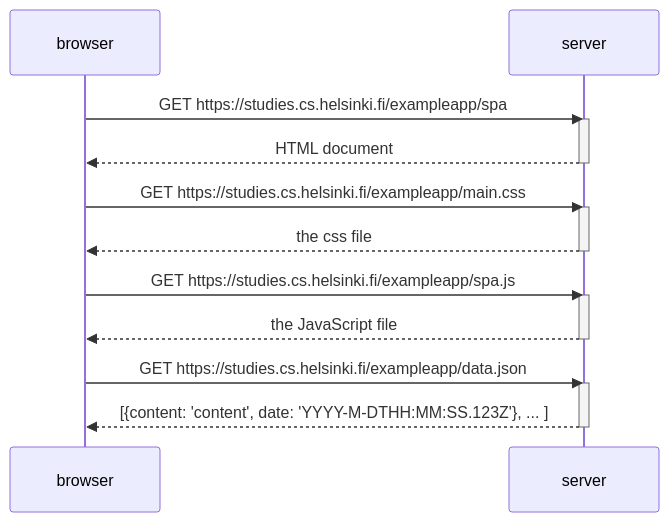
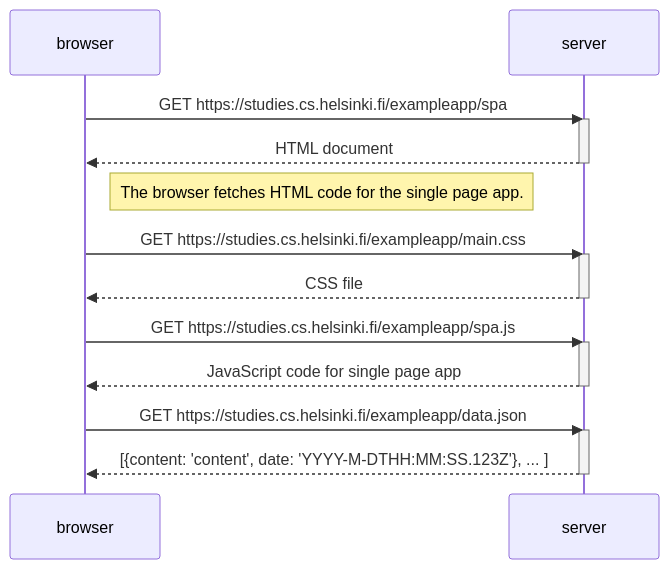
One commit to kllelndhlm/FullStackOpen changed the diagram in 0/pt0ex5.md. Above: the diagram before and after it, drawn with Mermaid. The commit also changed other lines of this file, not shown here.

Commit message:
Update pt0ex5.md
Update pt0ex5

````diff
--- a/0/pt0ex5.md
+++ b/0/pt0ex5.md
@@ -3,25 +1,27 @@
 ```mermaid
 sequenceDiagram
     participant browser
     participant server
 
     browser->>server: GET https://studies.cs.helsinki.fi/exampleapp/spa
     activate server
     server-->>browser: HTML document
     deactivate server
 
+    Note right of browser: The browser fetches HTML code for the single page app.
+    
     browser->>server: GET https://studies.cs.helsinki.fi/exampleapp/main.css
     activate server
-    server-->>browser: the css file
+    server-->>browser: CSS file
     deactivate server
 
     browser->>server: GET https://studies.cs.helsinki.fi/exampleapp/spa.js
     activate server
-    server-->>browser: the JavaScript file
+    server-->>browser: JavaScript code for single page app
     deactivate server
 
     browser->>server: GET https://studies.cs.helsinki.fi/exampleapp/data.json
     activate server
     server-->>browser: [{content: 'content', date: 'YYYY-M-DTHH:MM:SS.123Z'}, ... ]
     deactivate server
 ```
````
